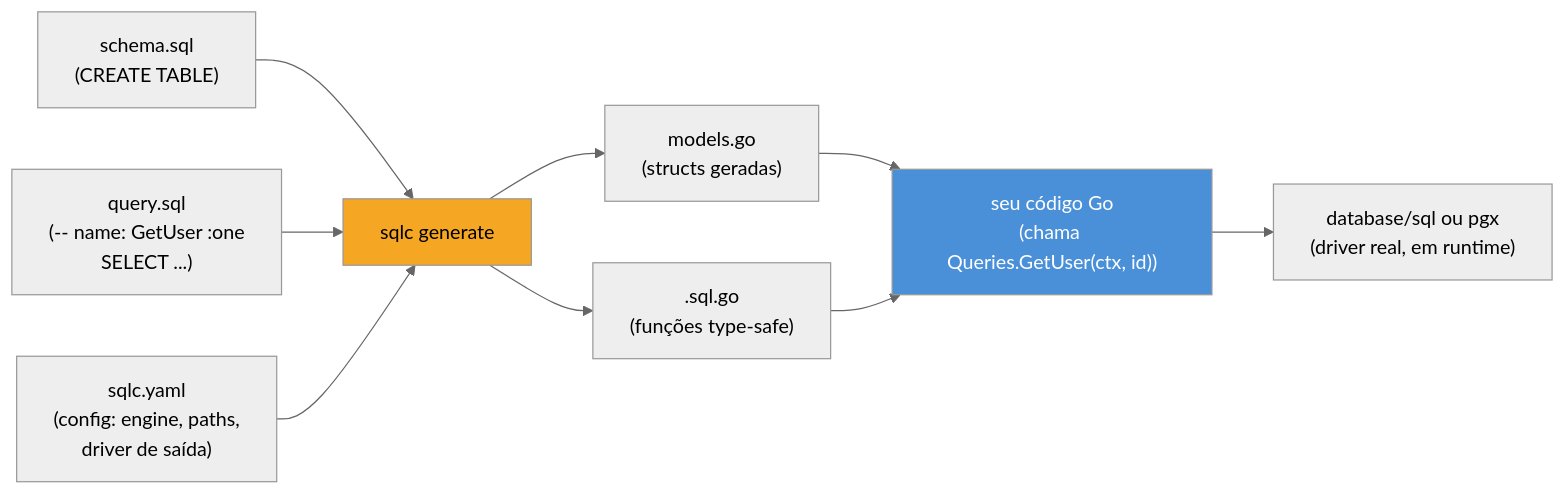
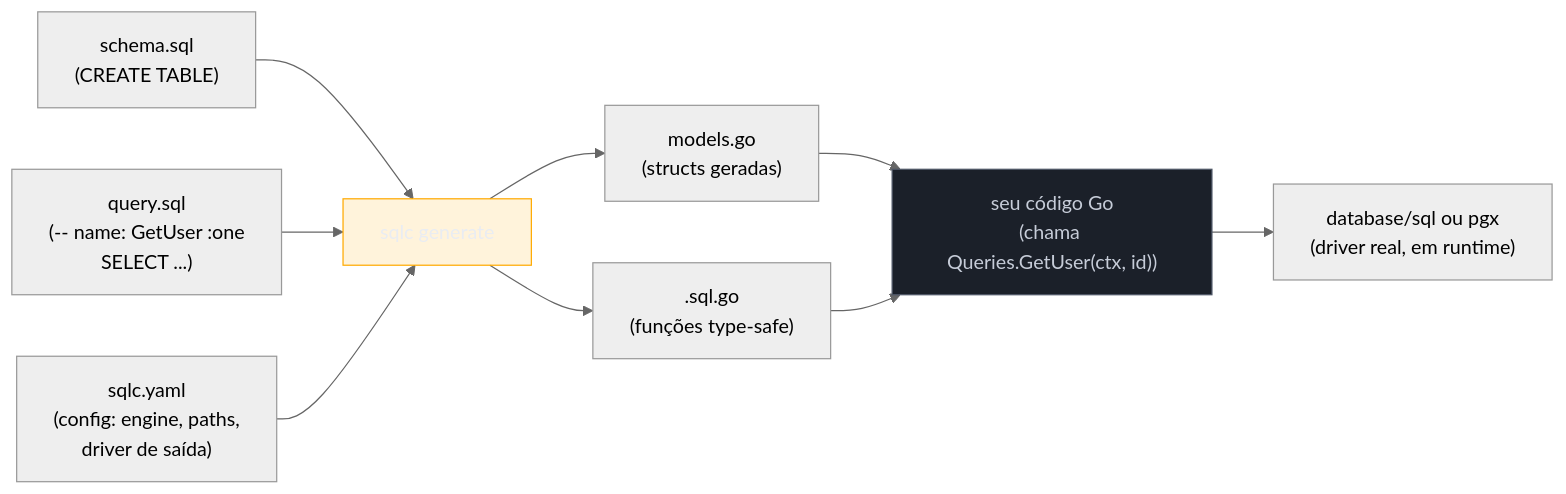
The diagram in 03-Dominios/Tecnologia/Go/11 - Persistência/05 - sqlc — SQL type-safe por codegen.md (josenaldo/codex-technomanticus), drawn with Mermaid (neutral theme) before and after one commit. The commit also changed 1181 other files, not shown here.

First line of the commit message:
fix(diagramas): paleta do sistema no lugar de cor cravada no markdown

````diff
--- a/03-Dominios/Tecnologia/Go/11 - Persistência/05 - sqlc — SQL type-safe por codegen.md
+++ b/03-Dominios/Tecnologia/Go/11 - Persistência/05 - sqlc — SQL type-safe por codegen.md
@@ -32,14 +32,16 @@
 ```mermaid
 flowchart LR
+    classDef destaque fill:#FFAA0024,stroke:#FFAA00,color:#E9ECF2
+    classDef neutro fill:#1B2029,stroke:#4E5666,color:#C6CCD8
     A["schema.sql\n(CREATE TABLE)"] --> D["sqlc generate"]
     B["query.sql\n(-- name: GetUser :one\nSELECT ...)"] --> D
     C["sqlc.yaml\n(config: engine, paths,\ndriver de saída)"] --> D
     D --> E["models.go\n(structs geradas)"]
     D --> F["<pacote>.sql.go\n(funções type-safe)"]
     E --> G["seu código Go\n(chama Queries.GetUser(ctx, id))"]
     F --> G
     G --> H["database/sql ou pgx\n(driver real, em runtime)"]
 
-    style D fill:#F5A623,color:#000
-    style G fill:#4A90D9,color:#fff
+    class D destaque
+    class G neutro
 ```
````
